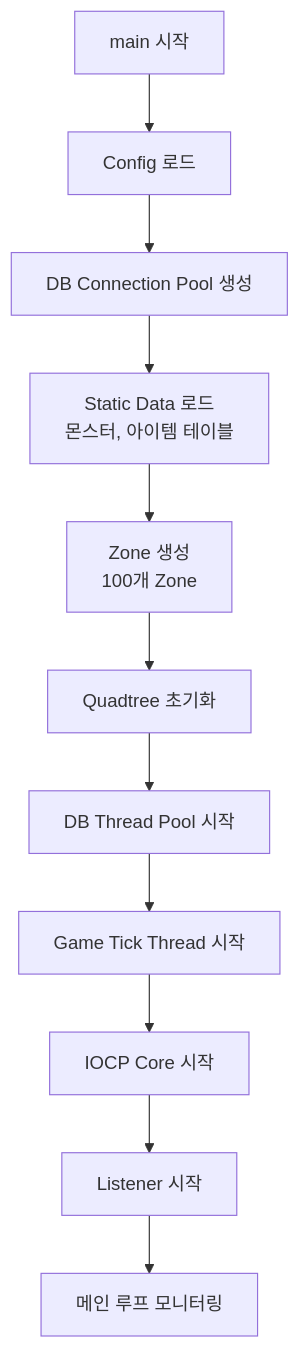
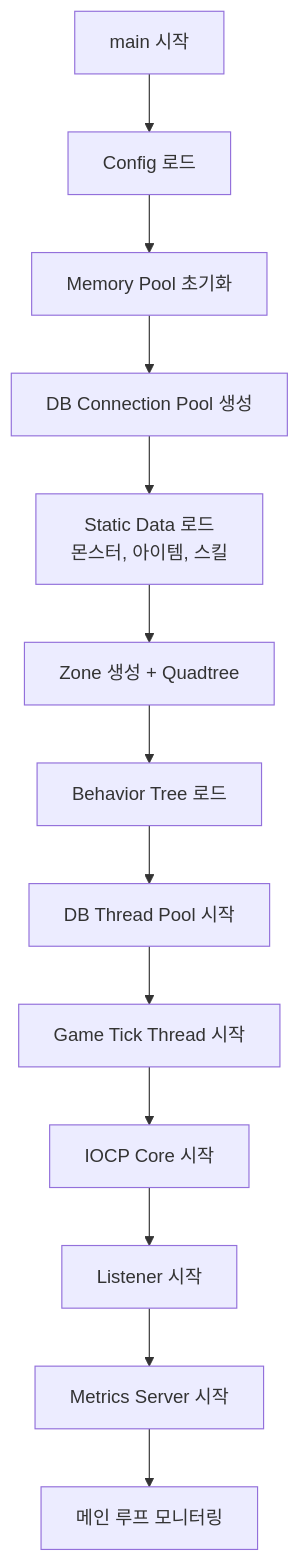
Diagram 19 of 19 in server_design/server_design2.md (wlsqc123/IOCPFramework), drawn with Mermaid before and after one commit. The commit also changed other lines of this file, not shown here.

First line of the commit message:
Update server_design2.md

````diff
--- a/server_design/server_design2.md
+++ b/server_design/server_design2.md
@@ -1045,13 +2345,15 @@
 ```mermaid
 graph TD
     A[main 시작] --> B[Config 로드]
-    B --> C[DB Connection Pool 생성]
-    C --> D[Static Data 로드<br/>몬스터, 아이템 테이블]
-    D --> E[Zone 생성<br/>100개 Zone]
-    E --> F[Quadtree 초기화]
-    F --> G[DB Thread Pool 시작]
-    G --> H[Game Tick Thread 시작]
-    H --> I[IOCP Core 시작]
-    I --> J[Listener 시작]
-    J --> K[메인 루프 모니터링]
+    B --> C[Memory Pool 초기화]
+    C --> D[DB Connection Pool 생성]
+    D --> E[Static Data 로드<br/>몬스터, 아이템, 스킬]
+    E --> F[Zone 생성 + Quadtree]
+    F --> G[Behavior Tree 로드]
+    G --> H[DB Thread Pool 시작]
+    H --> I[Game Tick Thread 시작]
+    I --> J[IOCP Core 시작]
+    J --> K[Listener 시작]
+    K --> L[Metrics Server 시작]
+    L --> M[메인 루프 모니터링]
 ```
````
